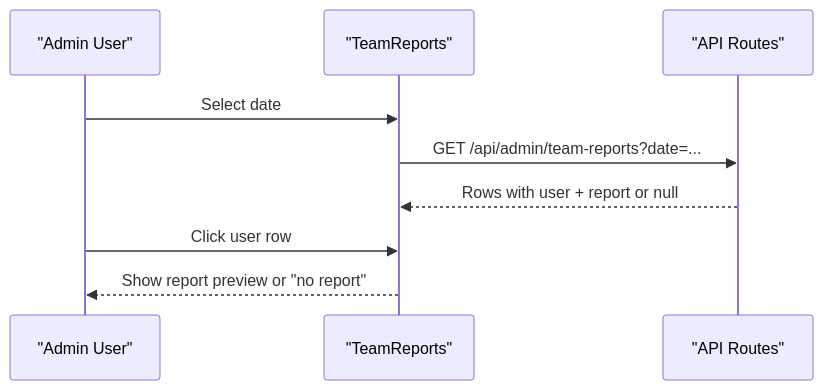
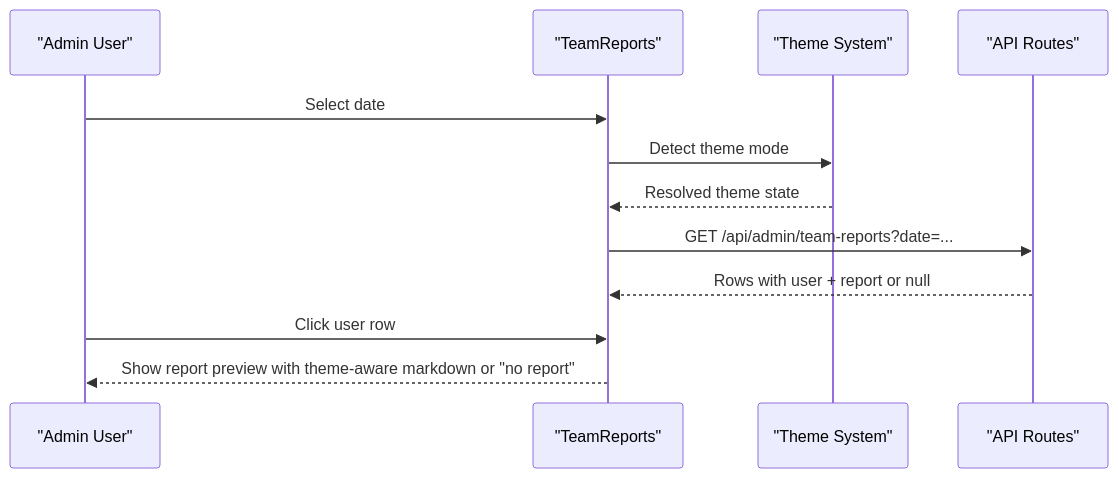
Before and after one commit to jrj444/git-daily: the tenth of 13 diagrams in .qoder/repowiki/en/content/Frontend Components/Frontend Components.md, drawn with Mermaid. The commit also changed other lines of this file and 4 other files, not shown here.

````diff
--- a/.qoder/repowiki/en/content/Frontend Components/Frontend Components.md
+++ b/.qoder/repowiki/en/content/Frontend Components/Frontend Components.md
@@ -536,11 +596,14 @@
 ```mermaid
 sequenceDiagram
 participant Admin as "Admin User"
 participant TR as "TeamReports"
+participant Theme as "Theme System"
 participant API as "API Routes"
 Admin->>TR : Select date
+TR->>Theme : Detect theme mode
+Theme-->>TR : Resolved theme state
 TR->>API : GET /api/admin/team-reports?date=...
 API-->>TR : Rows with user + report or null
 Admin->>TR : Click user row
-TR-->>Admin : Show report preview or "no report"
+TR-->>Admin : Show report preview with theme-aware markdown or "no report"
 ```
````
